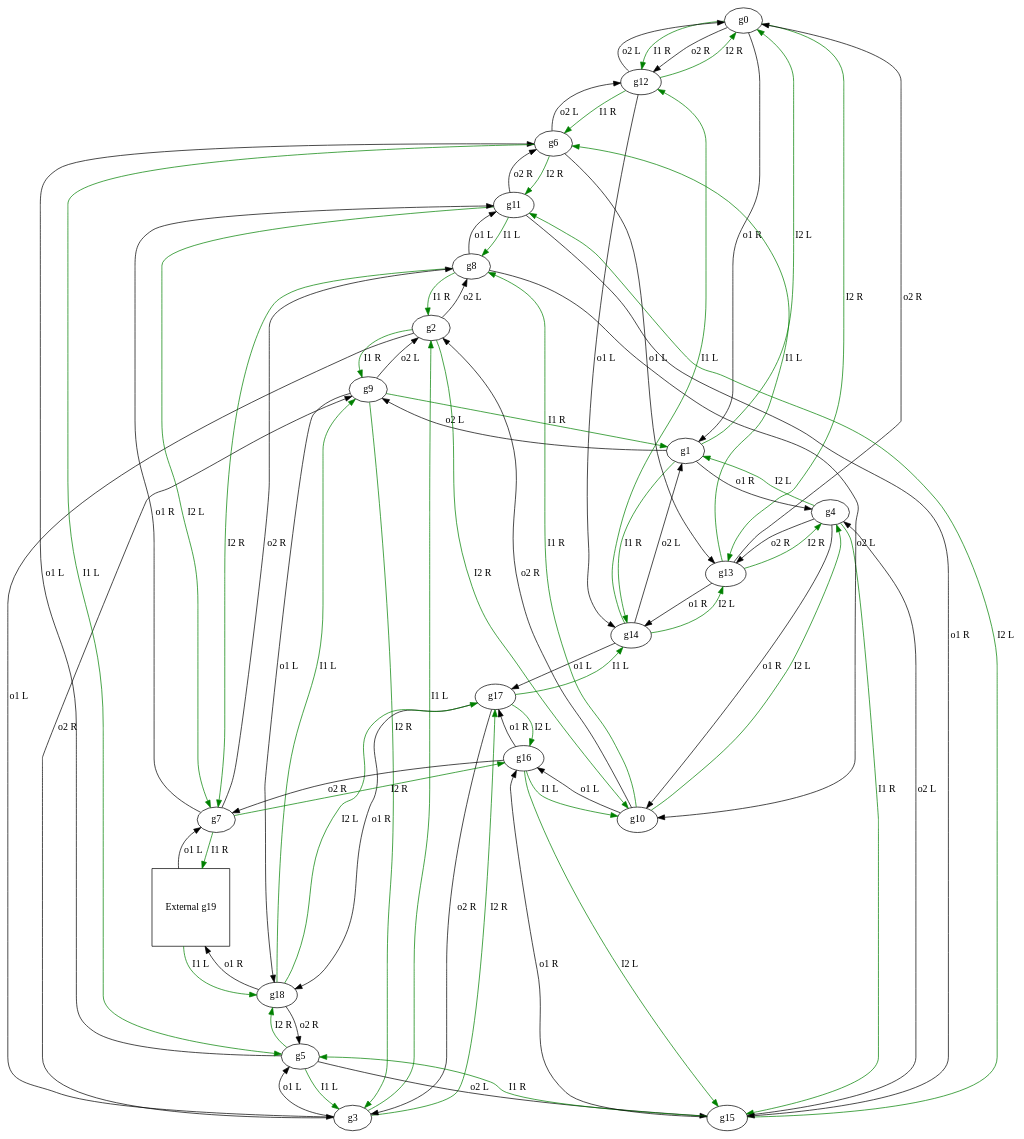
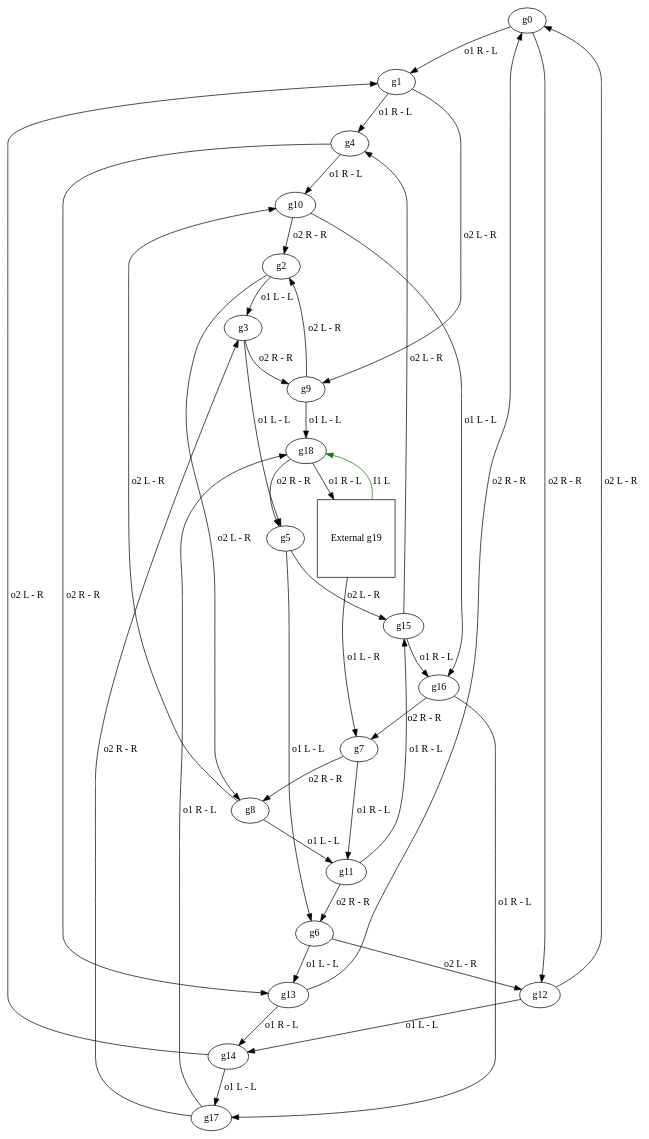
Before and after one commit to canivsar/MoonBaseAlpha: the diagram in circuts/tt.dot, drawn with Graphviz. The commit also changed 2 other files, not shown here.

```diff
--- a/circuts/tt.dot
+++ b/circuts/tt.dot
@@ -1,121 +1,83 @@
 digraph G {
-#        12R13R0#1R12R ('12', 'R', '13', 'R', '1', 'R', '12', 'R')
-#          14R0L0#4R9L ('14', 'R', '0', 'L', '4', 'R', '9', 'L')
-#          9R10R0#3L8L ('9', 'R', '10', 'R', '3', 'L', '8', 'L')
-#          2L17R0#5L9R ('2', 'L', '17', 'R', '5', 'L', '9', 'R')
-#        15R1L0#10R13R ('15', 'R', '1', 'L', '10', 'R', '13', 'R')
-#         3L18R0#6L15L ('3', 'L', '18', 'R', '6', 'L', '15', 'L')
-#        5L11R0#13L12L ('5', 'L', '11', 'R', '13', 'L', '12', 'L')
-#        19R16R0#11R8R ('19', 'R', '16', 'R', '11', 'R', '8', 'R')
-#         2R7R0#11L10L ('2', 'R', '7', 'R', '11', 'L', '10', 'L')
-#          1R3R0#18L2L ('1', 'R', '3', 'R', '18', 'L', '2', 'L')
-#          8R4L0#16L2R ('8', 'R', '4', 'L', '16', 'L', '2', 'R')
-#          8L7L0#15R6R ('8', 'L', '7', 'L', '15', 'R', '6', 'R')
-#          6R0R0#14L0L ('6', 'R', '0', 'R', '14', 'L', '0', 'L')
-#          6L4R0#14R0R ('6', 'L', '4', 'R', '14', 'R', '0', 'R')
-#        12L13L0#17L1L ('12', 'L', '13', 'L', '17', 'L', '1', 'L')
-#         5R11L0#16R4L ('5', 'R', '11', 'L', '16', 'R', '4', 'L')
-#        10L15L0#17R7R ('10', 'L', '15', 'L', '17', 'R', '7', 'R')
-#        14L16L0#18R3R ('14', 'L', '16', 'L', '18', 'R', '3', 'R')
-#         9L17L0#19R5R ('9', 'L', '17', 'L', '19', 'R', '5', 'R')
+# 0        12R13R0#1R12R ('12', 'R', '13', 'R', '1', 'R', '12', 'R')
+# 1          14R0L0#4R9L ('14', 'R', '0', 'L', '4', 'R', '9', 'L')
+# 2          9R10R0#3L8L ('9', 'R', '10', 'R', '3', 'L', '8', 'L')
+# 3          2L17R0#5L9R ('2', 'L', '17', 'R', '5', 'L', '9', 'R')
+# 4        15R1L0#10R13R ('15', 'R', '1', 'L', '10', 'R', '13', 'R')
+# 5         3L18R0#6L15L ('3', 'L', '18', 'R', '6', 'L', '15', 'L')
+# 6        5L11R0#13L12L ('5', 'L', '11', 'R', '13', 'L', '12', 'L')
+# 7        19R16R0#11R8R ('19', 'R', '16', 'R', '11', 'R', '8', 'R')
+# 8         2R7R0#11L10L ('2', 'R', '7', 'R', '11', 'L', '10', 'L')
+# 9          1R3R0#18L2L ('1', 'R', '3', 'R', '18', 'L', '2', 'L')
+# 10          8R4L0#16L2R ('8', 'R', '4', 'L', '16', 'L', '2', 'R')
+# 11          8L7L0#15R6R ('8', 'L', '7', 'L', '15', 'R', '6', 'R')
+# 12          6R0R0#14L0L ('6', 'R', '0', 'R', '14', 'L', '0', 'L')
+# 13          6L4R0#14R0R ('6', 'L', '4', 'R', '14', 'R', '0', 'R')
+# 14        12L13L0#17L1L ('12', 'L', '13', 'L', '17', 'L', '1', 'L')
+# 15         5R11L0#16R4L ('5', 'R', '11', 'L', '16', 'R', '4', 'L')
+# 16        10L15L0#17R7R ('10', 'L', '15', 'L', '17', 'R', '7', 'R')
+# 17        14L16L0#18R3R ('14', 'L', '16', 'L', '18', 'R', '3', 'R')
+# 18         9L17L0#19R5R ('9', 'L', '17', 'L', '19', 'R', '5', 'R')
 #            X18L0#X7L ('18', 'L', '7', 'L')
 # 12R13R0#1R12R ('12', 'R', '13', 'R', '1', 'R', '12', 'R')
-g0 -> g12 [label="I1 R", color=green];
-g0 -> g13 [label="I2 R", color=green];
-g0 -> g1 [label="o1 R"];
-g0 -> g12 [label="o2 R"];
+g0 -> g1 [label="o1 R - L"];
+g0 -> g12 [label="o2 R - R"];
 # 14R0L0#4R9L ('14', 'R', '0', 'L', '4', 'R', '9', 'L')
-g1 -> g14 [label="I1 R", color=green];
-g1 -> g0 [label="I2 L", color=green];
-g1 -> g4 [label="o1 R"];
-g1 -> g9 [label="o2 L"];
+g1 -> g4 [label="o1 R - L"];
+g1 -> g9 [label="o2 L - R"];
 # 9R10R0#3L8L ('9', 'R', '10', 'R', '3', 'L', '8', 'L')
-g2 -> g9 [label="I1 R", color=green];
-g2 -> g10 [label="I2 R", color=green];
-g2 -> g3 [label="o1 L"];
-g2 -> g8 [label="o2 L"];
+g2 -> g3 [label="o1 L - L"];
+g2 -> g8 [label="o2 L - R"];
 # 2L17R0#5L9R ('2', 'L', '17', 'R', '5', 'L', '9', 'R')
-g3 -> g2 [label="I1 L", color=green];
-g3 -> g17 [label="I2 R", color=green];
-g3 -> g5 [label="o1 L"];
-g3 -> g9 [label="o2 R"];
+g3 -> g5 [label="o1 L - L"];
+g3 -> g9 [label="o2 R - R"];
 # 15R1L0#10R13R ('15', 'R', '1', 'L', '10', 'R', '13', 'R')
-g4 -> g15 [label="I1 R", color=green];
-g4 -> g1 [label="I2 L", color=green];
-g4 -> g10 [label="o1 R"];
-g4 -> g13 [label="o2 R"];
+g4 -> g10 [label="o1 R - L"];
+g4 -> g13 [label="o2 R - R"];
 # 3L18R0#6L15L ('3', 'L', '18', 'R', '6', 'L', '15', 'L')
-g5 -> g3 [label="I1 L", color=green];
-g5 -> g18 [label="I2 R", color=green];
-g5 -> g6 [label="o1 L"];
-g5 -> g15 [label="o2 L"];
+g5 -> g6 [label="o1 L - L"];
+g5 -> g15 [label="o2 L - R"];
 # 5L11R0#13L12L ('5', 'L', '11', 'R', '13', 'L', '12', 'L')
-g6 -> g5 [label="I1 L", color=green];
-g6 -> g11 [label="I2 R", color=green];
-g6 -> g13 [label="o1 L"];
-g6 -> g12 [label="o2 L"];
+g6 -> g13 [label="o1 L - L"];
+g6 -> g12 [label="o2 L - R"];
 # 19R16R0#11R8R ('19', 'R', '16', 'R', '11', 'R', '8', 'R')
-g7 -> g19 [label="I1 R", color=green];
-g7 -> g16 [label="I2 R", color=green];
-g7 -> g11 [label="o1 R"];
-g7 -> g8 [label="o2 R"];
+g7 -> g11 [label="o1 R - L"];
+g7 -> g8 [label="o2 R - R"];
 # 2R7R0#11L10L ('2', 'R', '7', 'R', '11', 'L', '10', 'L')
-g8 -> g2 [label="I1 R", color=green];
-g8 -> g7 [label="I2 R", color=green];
-g8 -> g11 [label="o1 L"];
-g8 -> g10 [label="o2 L"];
+g8 -> g11 [label="o1 L - L"];
+g8 -> g10 [label="o2 L - R"];
 # 1R3R0#18L2L ('1', 'R', '3', 'R', '18', 'L', '2', 'L')
-g9 -> g1 [label="I1 R", color=green];
-g9 -> g3 [label="I2 R", color=green];
-g9 -> g18 [label="o1 L"];
-g9 -> g2 [label="o2 L"];
+g9 -> g18 [label="o1 L - L"];
+g9 -> g2 [label="o2 L - R"];
 # 8R4L0#16L2R ('8', 'R', '4', 'L', '16', 'L', '2', 'R')
-g10 -> g8 [label="I1 R", color=green];
-g10 -> g4 [label="I2 L", color=green];
-g10 -> g16 [label="o1 L"];
-g10 -> g2 [label="o2 R"];
+g10 -> g16 [label="o1 L - L"];
+g10 -> g2 [label="o2 R - R"];
 # 8L7L0#15R6R ('8', 'L', '7', 'L', '15', 'R', '6', 'R')
-g11 -> g8 [label="I1 L", color=green];
-g11 -> g7 [label="I2 L", color=green];
-g11 -> g15 [label="o1 R"];
-g11 -> g6 [label="o2 R"];
+g11 -> g15 [label="o1 R - L"];
+g11 -> g6 [label="o2 R - R"];
 # 6R0R0#14L0L ('6', 'R', '0', 'R', '14', 'L', '0', 'L')
-g12 -> g6 [label="I1 R", color=green];
-g12 -> g0 [label="I2 R", color=green];
-g12 -> g14 [label="o1 L"];
-g12 -> g0 [label="o2 L"];
+g12 -> g14 [label="o1 L - L"];
+g12 -> g0 [label="o2 L - R"];
 # 6L4R0#14R0R ('6', 'L', '4', 'R', '14', 'R', '0', 'R')
-g13 -> g6 [label="I1 L", color=green];
-g13 -> g4 [label="I2 R", color=green];
-g13 -> g14 [label="o1 R"];
-g13 -> g0 [label="o2 R"];
+g13 -> g14 [label="o1 R - L"];
+g13 -> g0 [label="o2 R - R"];
 # 12L13L0#17L1L ('12', 'L', '13', 'L', '17', 'L', '1', 'L')
-g14 -> g12 [label="I1 L", color=green];
-g14 -> g13 [label="I2 L", color=green];
-g14 -> g17 [label="o1 L"];
-g14 -> g1 [label="o2 L"];
+g14 -> g17 [label="o1 L - L"];
+g14 -> g1 [label="o2 L - R"];
 # 5R11L0#16R4L ('5', 'R', '11', 'L', '16', 'R', '4', 'L')
-g15 -> g5 [label="I1 R", color=green];
-g15 -> g11 [label="I2 L", color=green];
-g15 -> g16 [label="o1 R"];
-g15 -> g4 [label="o2 L"];
+g15 -> g16 [label="o1 R - L"];
+g15 -> g4 [label="o2 L - R"];
 # 10L15L0#17R7R ('10', 'L', '15', 'L', '17', 'R', '7', 'R')
-g16 -> g10 [label="I1 L", color=green];
-g16 -> g15 [label="I2 L", color=green];
-g16 -> g17 [label="o1 R"];
-g16 -> g7 [label="o2 R"];
+g16 -> g17 [label="o1 R - L"];
+g16 -> g7 [label="o2 R - R"];
 # 14L16L0#18R3R ('14', 'L', '16', 'L', '18', 'R', '3', 'R')
-g17 -> g14 [label="I1 L", color=green];
-g17 -> g16 [label="I2 L", color=green];
-g17 -> g18 [label="o1 R"];
-g17 -> g3 [label="o2 R"];
+g17 -> g18 [label="o1 R - L"];
+g17 -> g3 [label="o2 R - R"];
 # 9L17L0#19R5R ('9', 'L', '17', 'L', '19', 'R', '5', 'R')
-g18 -> g9 [label="I1 L", color=green];
-g18 -> g17 [label="I2 L", color=green];
-g18 -> g19 [label="o1 R"];
-g18 -> g5 [label="o2 R"];
+g18 -> g19 [label="o1 R - L"];
+g18 -> g5 [label="o2 R - R"];
 # External Gate X18L0#X7L ('18', 'L', '7', 'L')
 g19 [label="External g19", shape=square ];
 g19 -> g18 [label="I1 L", color=green ];
-g19 -> g7 [label="o1 L"];
+g19 -> g7 [label="o1 L - R"];
 }
```
